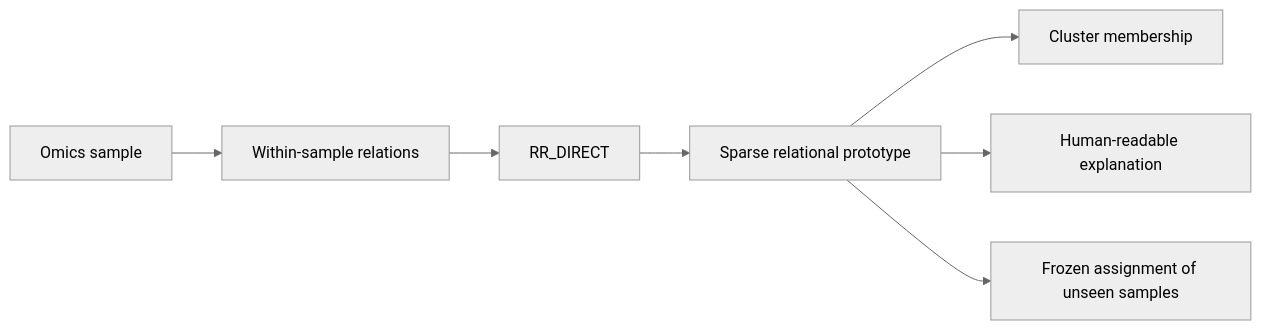
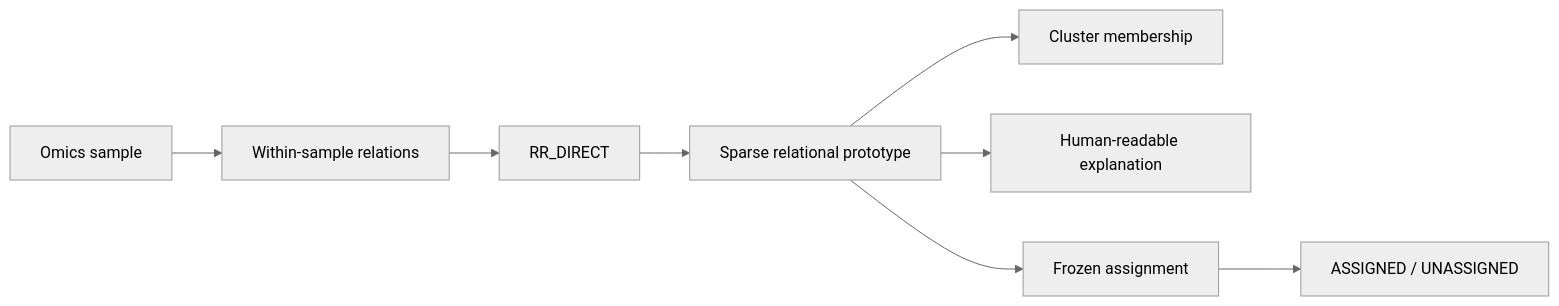
The diagram in README.md (mczajkowskipb/omics-representation-audit-pilot), drawn with Mermaid (neutral theme) before and after one commit. The commit also changed other lines of this file and 2 other files, not shown here.

````diff
--- a/README.md
+++ b/README.md
@@ -45,9 +45,10 @@
 ```mermaid
 flowchart LR
     A["Omics sample"] --> B["Within-sample relations"]
     B --> C["RR_DIRECT"]
     C --> D["Sparse relational prototype"]
     D --> E["Cluster membership"]
     D --> F["Human-readable explanation"]
-    D --> G["Frozen assignment of unseen samples"]
+    D --> G["Frozen assignment"]
+    G --> H["ASSIGNED / UNASSIGNED"]
 ```
````
